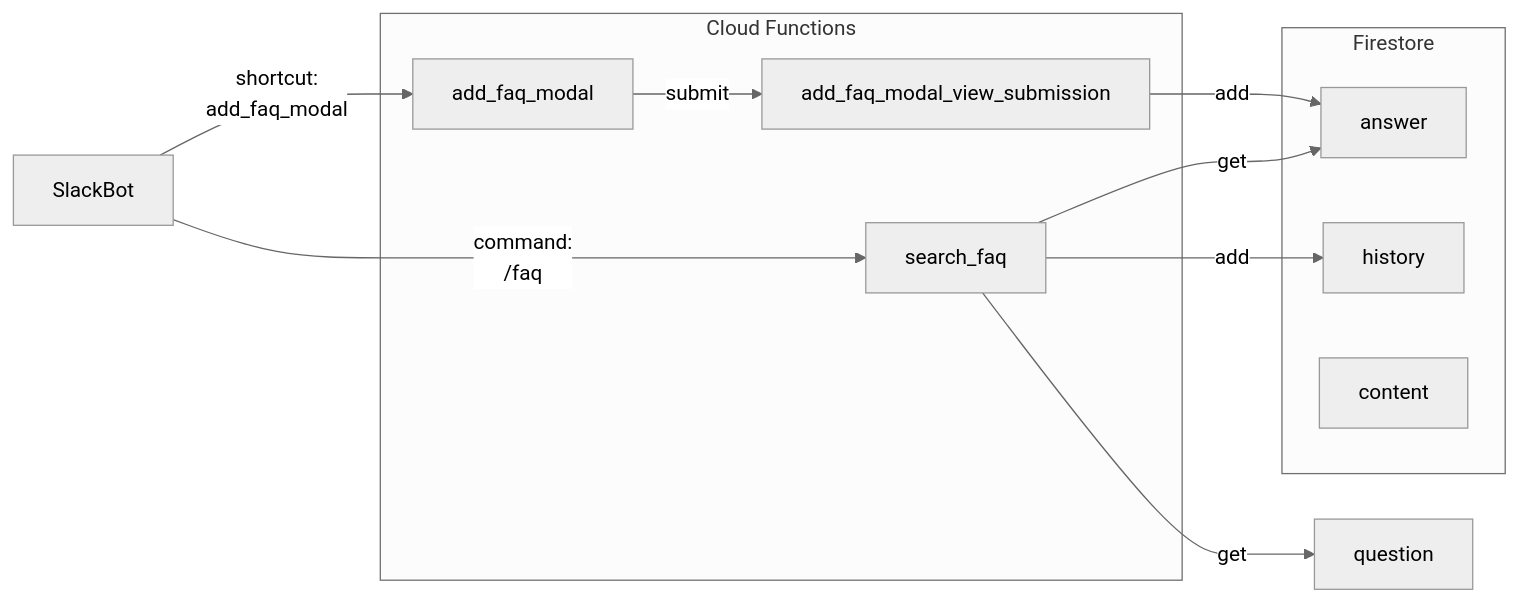
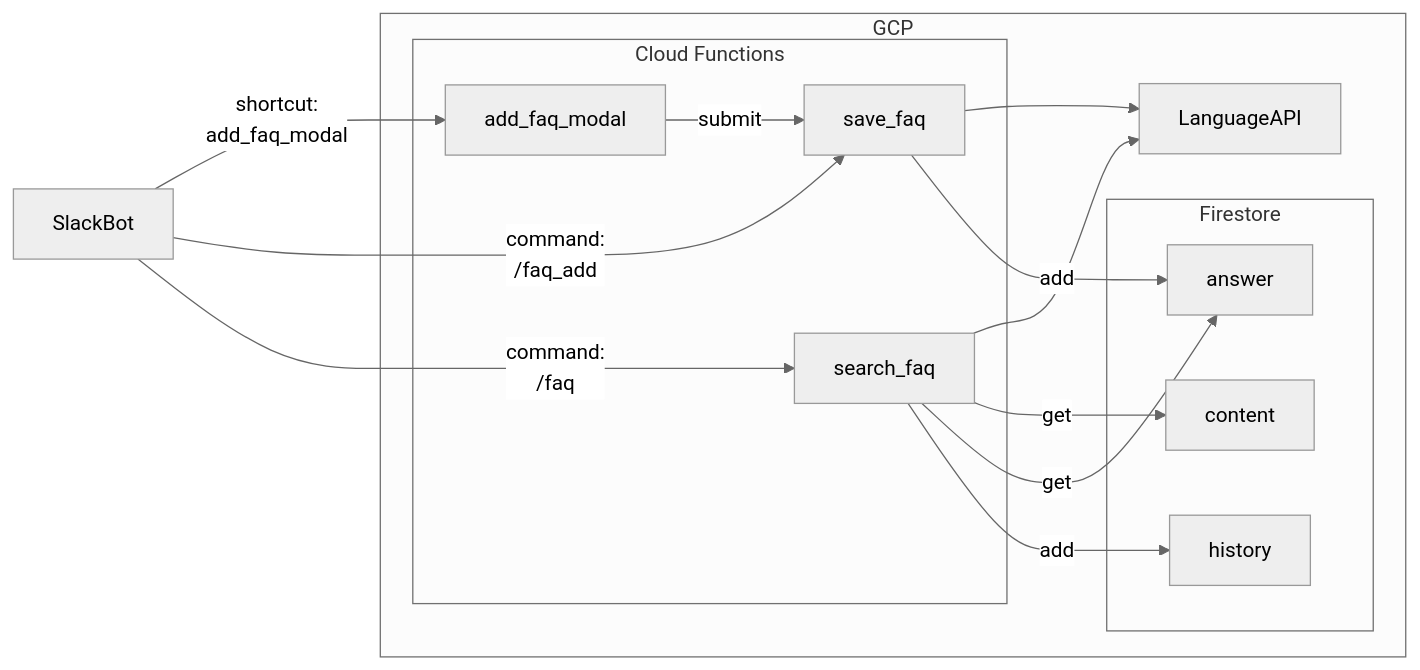
One commit to k-akie/faq-holer changed the diagram in README.md. Above: the diagram before and after it, drawn with Mermaid (neutral theme).

Commit message:
処理フローをより正しくした

````diff
--- a/README.md
+++ b/README.md
@@ -12,17 +12,23 @@
 ```mermaid
 flowchart LR
-    SlackBot -- shortcut:\nadd_faq_modal --> add_faq_modal -- submit --> add_faq_modal_view_submission -- add --> answer
-    SlackBot -- command:\n/faq --> search_faq -- get --> question
+    save_faq --> LanguageAPI
+    search_faq --> LanguageAPI
+    SlackBot -- shortcut:\nadd_faq_modal --> add_faq_modal -- submit --> save_faq -- add --> answer
+    SlackBot -- command:\n/faq_add --> save_faq
+    SlackBot -- command:\n/faq --> search_faq -- get --> content
     search_faq -- get --> answer
     search_faq -- add --> history
-    subgraph Firestore
-        answer
-        content
-        history
-    end
-    subgraph Cloud Functions
-        add_faq_modal
-        add_faq_modal_view_submission
-        search_faq
+    subgraph GCP
+      LanguageAPI
+      subgraph Firestore
+          answer
+          content
+          history
+      end
+      subgraph Cloud Functions
+          add_faq_modal
+          save_faq
+          search_faq
+      end
     end
 ```
````
